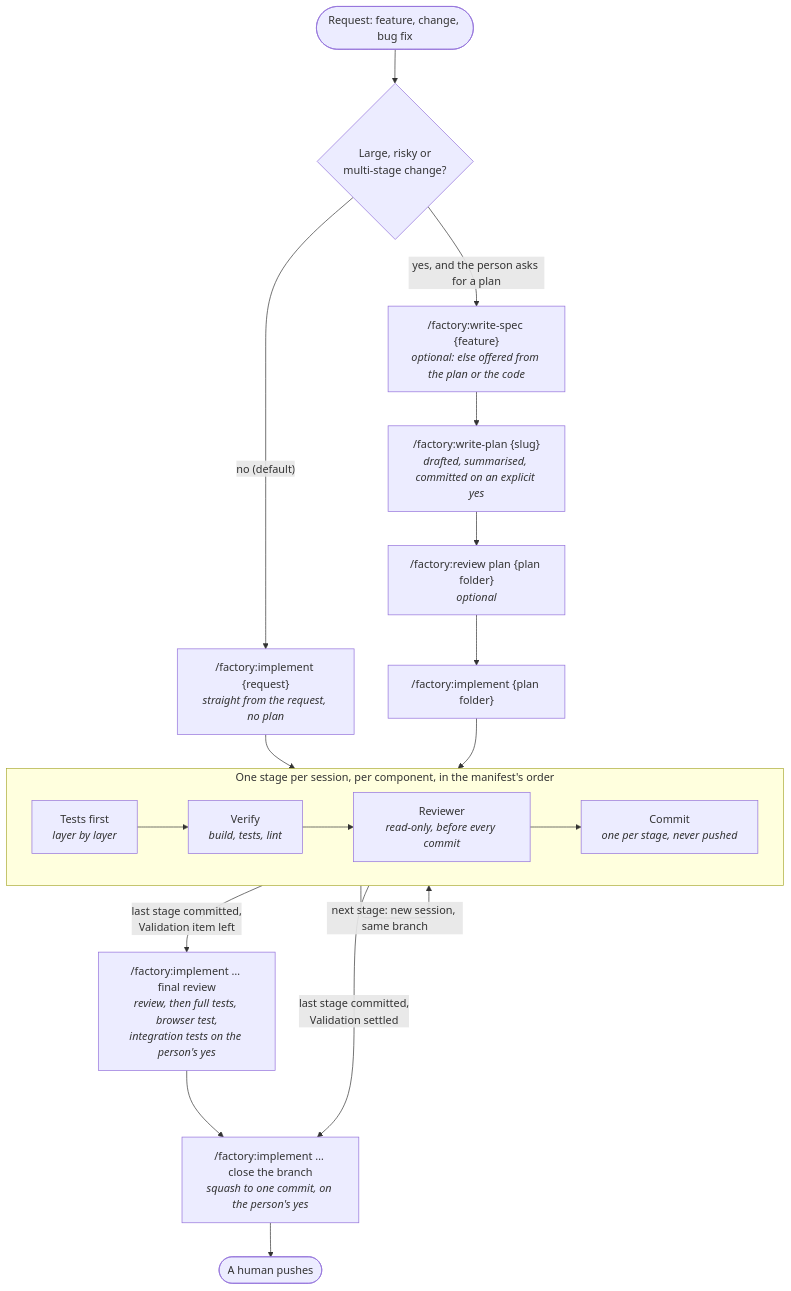
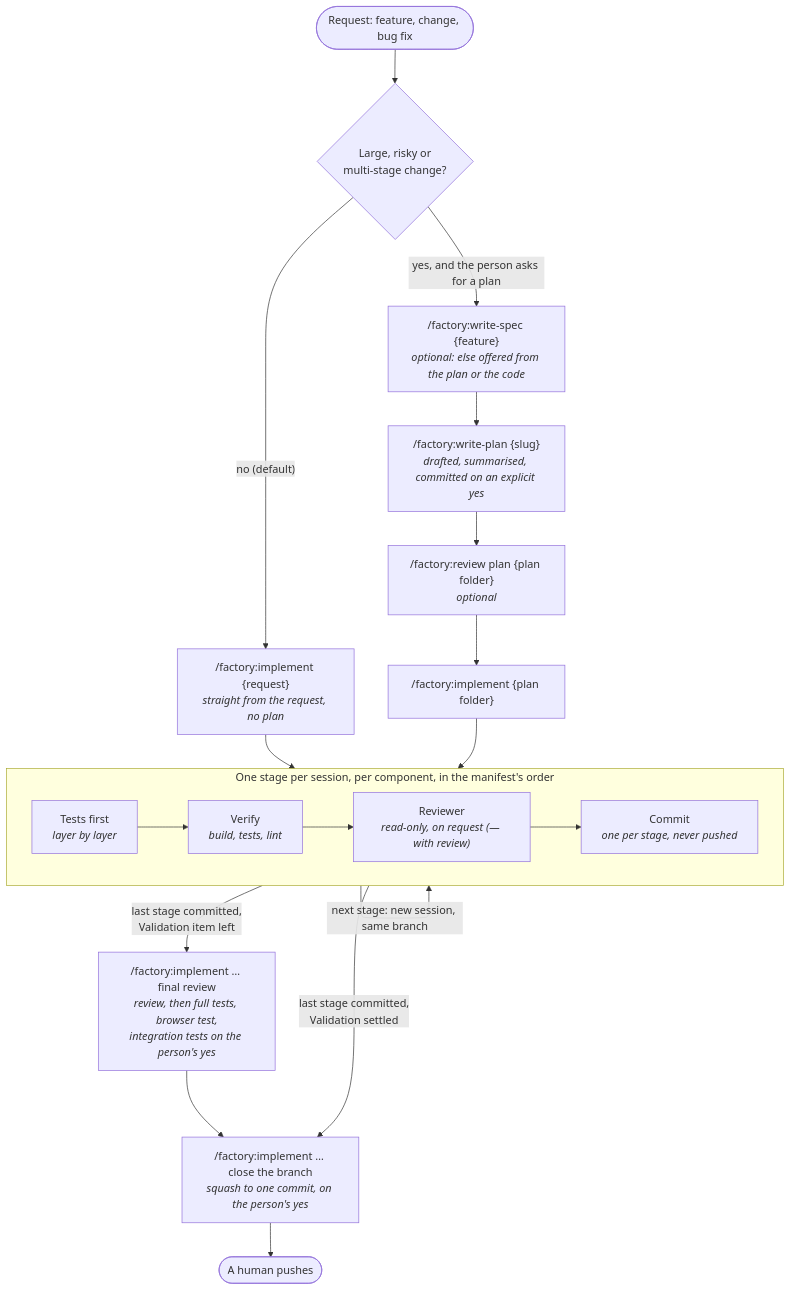
Before and after one commit to Seloris/web-factory: the diagram in plugins/factory/docs/flow.md, drawn with Mermaid. The commit also changed other lines of this file and 11 other files, not shown here.

````diff
--- a/plugins/factory/docs/flow.md
+++ b/plugins/factory/docs/flow.md
@@ -5,40 +5,40 @@
 ```mermaid
 flowchart TD
     request([Request: feature, change, bug fix])
     decide{Large, risky or<br/>multi-stage change?}
 
     request --> decide
     decide -- "no (default)" --> implDirect
     decide -- "yes, and the person asks for a plan" --> spec
 
     implDirect["/factory:implement {request}<br/><i>straight from the request, no plan</i>"]
 
     spec["/factory:write-spec {feature}<br/><i>optional: else offered from the plan or the code</i>"]
     plan["/factory:write-plan {slug}<br/><i>drafted, summarised, committed on an explicit yes</i>"]
     reviewPlan["/factory:review plan {plan folder}<br/><i>optional</i>"]
     implPlan["/factory:implement {plan folder}"]
 
     spec --> plan --> reviewPlan --> implPlan
 
     subgraph stage["One stage per session, per component, in the manifest's order"]
         direction LR
         tests["Tests first<br/><i>layer by layer</i>"]
         verify["Verify<br/><i>build, tests, lint</i>"]
-        review["Reviewer<br/><i>read-only, before every commit</i>"]
+        review["Reviewer<br/><i>read-only, on request (— with review)</i>"]
         commit["Commit<br/><i>one per stage, never pushed</i>"]
         tests --> verify --> review --> commit
     end
 
     implDirect --> stage
     implPlan --> stage
     stage -- "next stage: new session, same branch" --> stage
     stage -- "last stage committed,<br/>Validation item left" --> final
     stage -- "last stage committed,<br/>Validation settled" --> close
     final["/factory:implement … final review<br/><i>review, then full tests, browser test,<br/>integration tests on the person's yes</i>"]
     final --> close
 
     close["/factory:implement … close the branch<br/><i>squash to one commit, on the person's yes</i>"]
     push([A human pushes])
 
     close --> push
 ```
````
